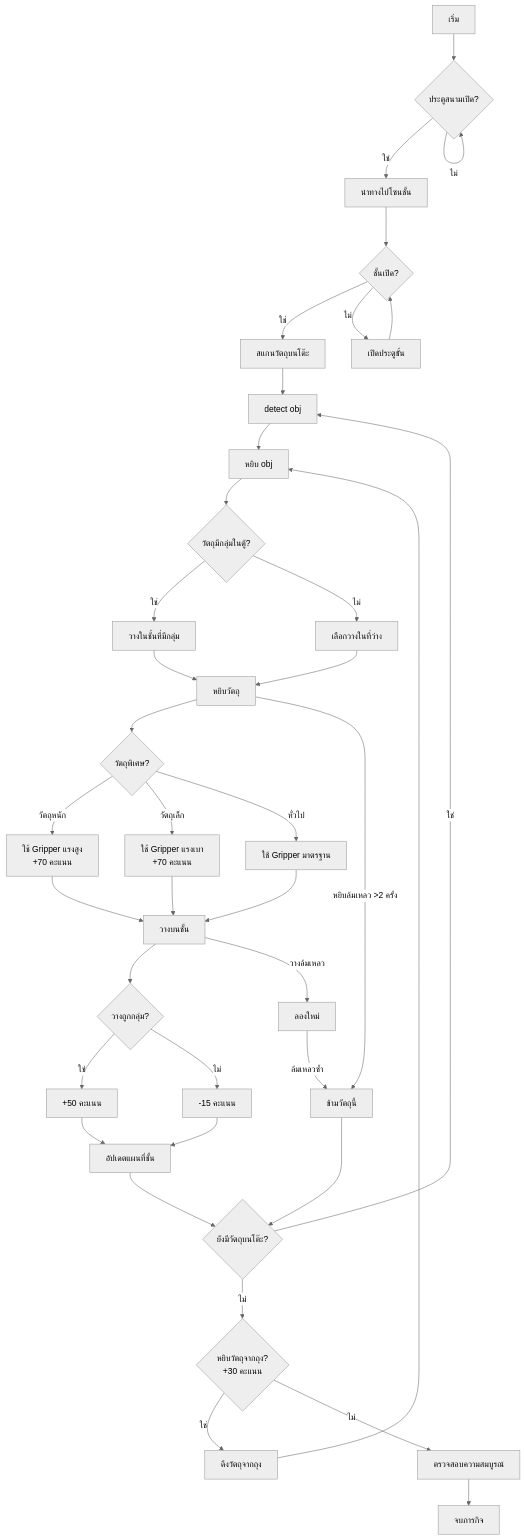
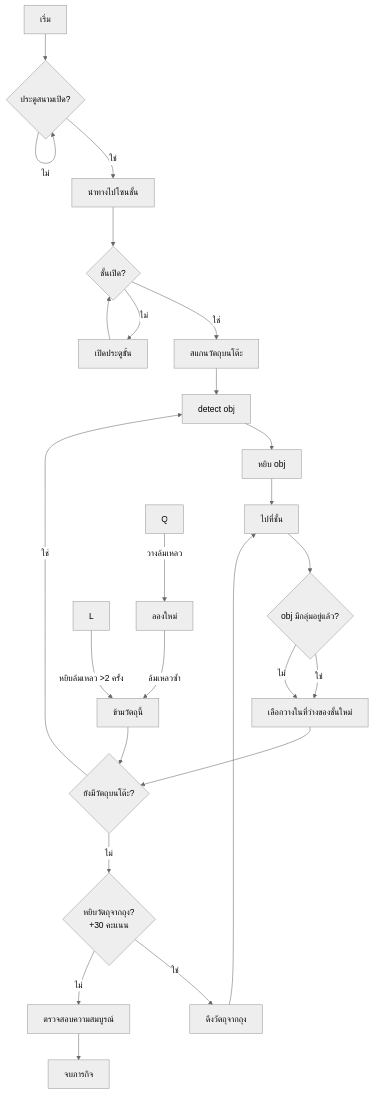
One commit to NapatzZ/state-robocup changed the diagram in StoringGroceries.md. Above: the diagram before and after it, drawn with Mermaid (neutral theme).

````diff
--- a/StoringGroceries.md
+++ b/StoringGroceries.md
@@ -1,53 +1,35 @@
 ```mermaid
 flowchart TD
     A[เริ่ม] --> B{ประตูสนามเปิด?}
     B -->|ใช่| C[นำทางไปโซนชั้น]
     B -->|ไม่| B
     
     C --> D{ชั้นเปิด?}
     D -->|ใช่| E[สแกนวัตถุบนโต๊ะ]
     D -->|ไม่| F[เปิดประตูชั้น]
     F --> D
     
     E --> G[detect obj]
-    G --> H[หยิบ obj]
+    G --> PP[หยิบ obj]
+    PP --> H[ไปที่ชั้น]
+    H --> I{obj มีกลุ่มอยู่แล้ว?}
+    I -->|ใช่| U[วางในชั้นที่มีกลุ่ม]
+    I -->|ไม่| U[เลือกวางในที่ว่างของชั้นใหม่]
     
-    H --> I{วัตถุมีกลุ่มในตู้?}
-    I -->|ใช่| J[วางในชั้นที่มีกลุ่ม]
-    I -->|ไม่| K[เลือกวางในที่ว่าง]
-    
-    J --> L[หยิบวัตถุ]
-    K --> L
-    
-    L --> M{วัตถุพิเศษ?}
-    M -->|วัตถุหนัก| N[ใช้ Gripper แรงสูง \n +70 คะแนน]
-    M -->|วัตถุเล็ก| O[ใช้ Gripper แรงเบา \n +70 คะแนน]
-    M -->|ทั่วไป| P[ใช้ Gripper มาตรฐาน]
-    
-    N --> Q[วางบนชั้น]
-    O --> Q
-    P --> Q
-    
-    Q --> R{วางถูกกลุ่ม?}
-    R -->|ใช่| S[+50 คะแนน]
-    R -->|ไม่| T[-15 คะแนน]
-    
-    S --> U[อัปเดตแผนที่ชั้น]
-    T --> U
     
     U --> V{ยังมีวัตถุบนโต๊ะ?}
     V -->|ใช่| G
     V -->|ไม่| W{หยิบวัตถุจากถุง? \n +30 คะแนน}
     
     W -->|ใช่| X[ดึงวัตถุจากถุง]
     X --> H
     W -->|ไม่| Y[ตรวจสอบความสมบูรณ์]
     
     Y --> Z[จบภารกิจ]
     
     %% Error handling
     L -->|หยิบล้มเหลว >2 ครั้ง| L1[ข้ามวัตถุนี้]
     L1 --> V
     Q -->|วางล้มเหลว| Q1[ลองใหม่]
     Q1 -->|ล้มเหลวซ้ำ| L1
 ```
````
